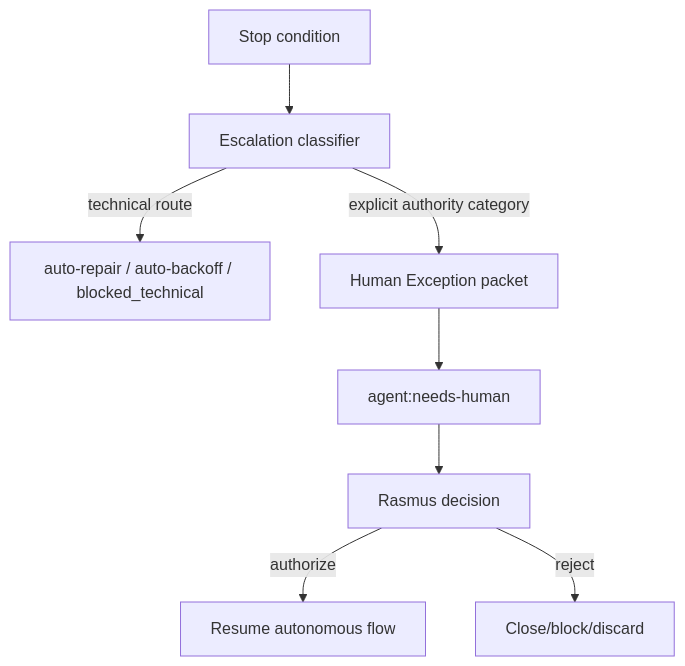
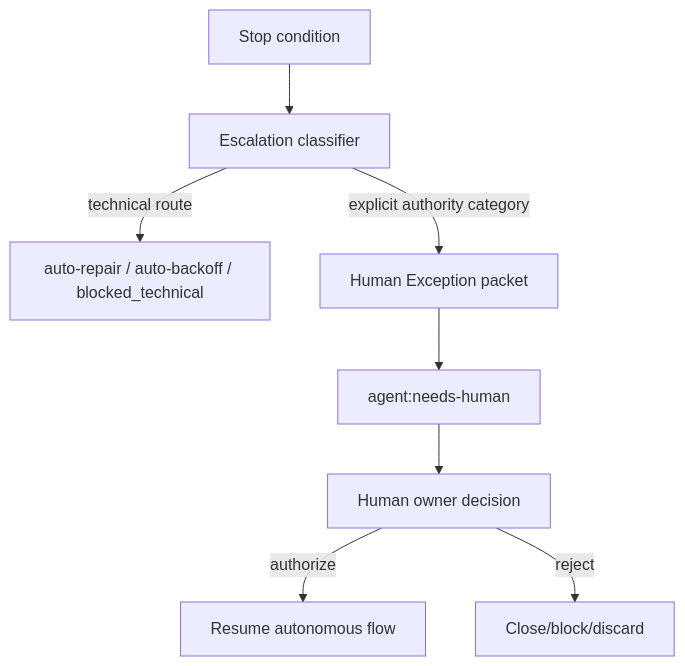
One commit to RasmusTho/agentic-pkm-mvp changed diagram 23 of 23 in docs/development/BUILDER_SYSTEM_PROCESS_MAP.md. Above: the diagram before and after it, drawn with Mermaid. The commit also changed other lines of this file, not shown here.

````diff
--- a/docs/development/BUILDER_SYSTEM_PROCESS_MAP.md
+++ b/docs/development/BUILDER_SYSTEM_PROCESS_MAP.md
@@ -1607,10 +1607,10 @@
 ```mermaid
 flowchart TD
   Stop["Stop condition"] --> Triage["Escalation classifier"]
   Triage -->|technical route| Recover["auto-repair / auto-backoff / blocked_technical"]
   Triage -->|explicit authority category| Packet["Human Exception packet"]
   Packet --> Label["agent:needs-human"]
-  Label --> Decision["Rasmus decision"]
+  Label --> Decision["Human owner decision"]
   Decision -->|authorize| Resume["Resume autonomous flow"]
   Decision -->|reject| Close["Close/block/discard"]
 ```
````
